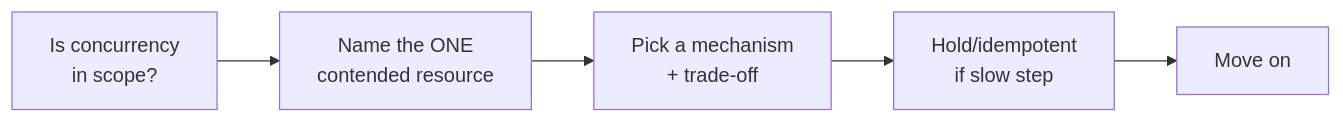
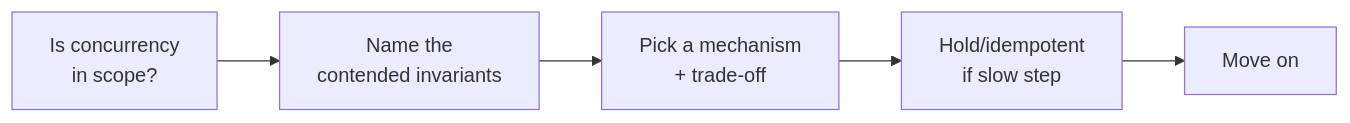
Before and after one commit to Anilinfo2015/anilinfo2015.github.io: the third of 3 diagrams in low-level-design/06-concurrency-and-thread-safety.md, drawn with Mermaid. The commit also changed other lines of this file and 13 other files, not shown here.

````diff
--- a/low-level-design/06-concurrency-and-thread-safety.md
+++ b/low-level-design/06-concurrency-and-thread-safety.md
@@ -110,7 +110,7 @@
 ```mermaid
 flowchart LR
-    A[Is concurrency<br/>in scope?] --> B[Name the ONE<br/>contended resource]
+    A[Is concurrency<br/>in scope?] --> B[Name the<br/>contended invariants]
     B --> C[Pick a mechanism<br/>+ trade-off]
     C --> D[Hold/idempotent<br/>if slow step]
     D --> E[Move on]
 ```
````
